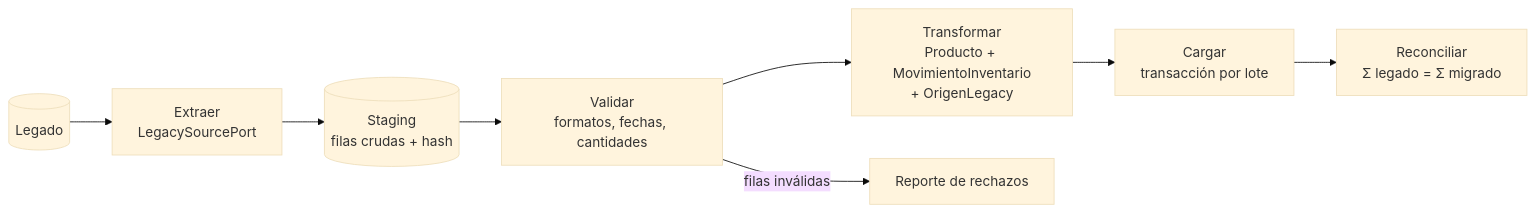
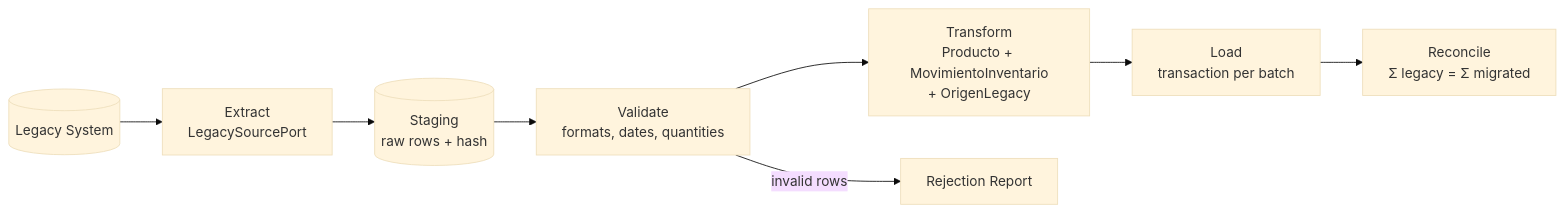
The sixth of 7 diagrams in docs/02_ARQUITECTURA.md (Zahir1332007/MD-Arquitectura), drawn with Mermaid (base theme) before and after one commit. The commit also changed other lines of this file and 16 other files, not shown here.

````diff
--- a/docs/02_ARQUITECTURA.md
+++ b/docs/02_ARQUITECTURA.md
@@ -172,9 +171,9 @@
 ```mermaid
 flowchart LR
-    L[(Legado)] --> E[Extraer<br/>LegacySourcePort] --> S[(Staging<br/>filas crudas + hash)]
-    S --> VAL[Validar<br/>formatos, fechas, cantidades]
-    VAL --> T[Transformar<br/>Producto + MovimientoInventario<br/>+ OrigenLegacy]
-    T --> CAR[Cargar<br/>transacción por lote]
-    CAR --> REC[Reconciliar<br/>Σ legado = Σ migrado]
-    VAL -->|filas inválidas| ERR[Reporte de rechazos]
+    L[(Legacy System)] --> E[Extract<br/>LegacySourcePort] --> S[(Staging<br/>raw rows + hash)]
+    S --> VAL[Validate<br/>formats, dates, quantities]
+    VAL --> T[Transform<br/>Producto + MovimientoInventario<br/>+ OrigenLegacy]
+    T --> CAR[Load<br/>transaction per batch]
+    CAR --> REC[Reconcile<br/>Σ legacy = Σ migrated]
+    VAL -->|invalid rows| ERR[Rejection Report]
 ```
````
